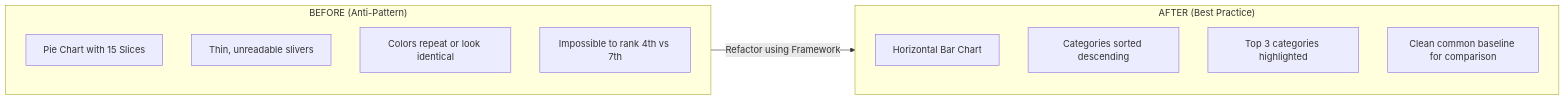
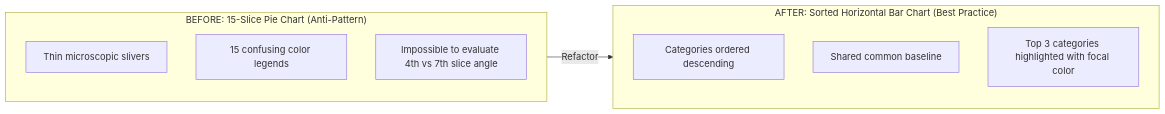
The eighth of 9 diagrams in notes/data_analysis/Chapter8_Business_Data_Visualization_Definition_Purpose_Usage.md (DeepLumiere/DeepSkills), drawn with Mermaid before and after one commit. The commit also changed other lines of this file and 8 other files, not shown here.

````diff
--- a/notes/data_analysis/Chapter8_Business_Data_Visualization_Definition_Purpose_Usage.md
+++ b/notes/data_analysis/Chapter8_Business_Data_Visualization_Definition_Purpose_Usage.md
@@ -412,18 +259,16 @@
 ```mermaid
 flowchart LR
-    subgraph Bad["BEFORE (Anti-Pattern)"]
+    subgraph AntiPattern["BEFORE: 15-Slice Pie Chart (Anti-Pattern)"]
         direction TB
-        P1["Pie Chart with 15 Slices"]
-        P2["Thin, unreadable slivers"]
-        P3["Colors repeat or look identical"]
-        P4["Impossible to rank 4th vs 7th"]
+        A1["Thin microscopic slivers"]
+        A2["15 confusing color legends"]
+        A3["Impossible to evaluate 4th vs 7th slice angle"]
     end
-    subgraph Good["AFTER (Best Practice)"]
+    subgraph BestPractice["AFTER: Sorted Horizontal Bar Chart (Best Practice)"]
         direction TB
-        B1["Horizontal Bar Chart"]
-        B2["Categories sorted descending"]
-        B3["Top 3 categories highlighted"]
-        B4["Clean common baseline for comparison"]
+        B1["Categories ordered descending"]
+        B2["Shared common baseline"]
+        B3["Top 3 categories highlighted with focal color"]
     end
-    Bad -->|Refactor using Framework| Good
+    AntiPattern -->|Refactor| BestPractice
 ```
````
